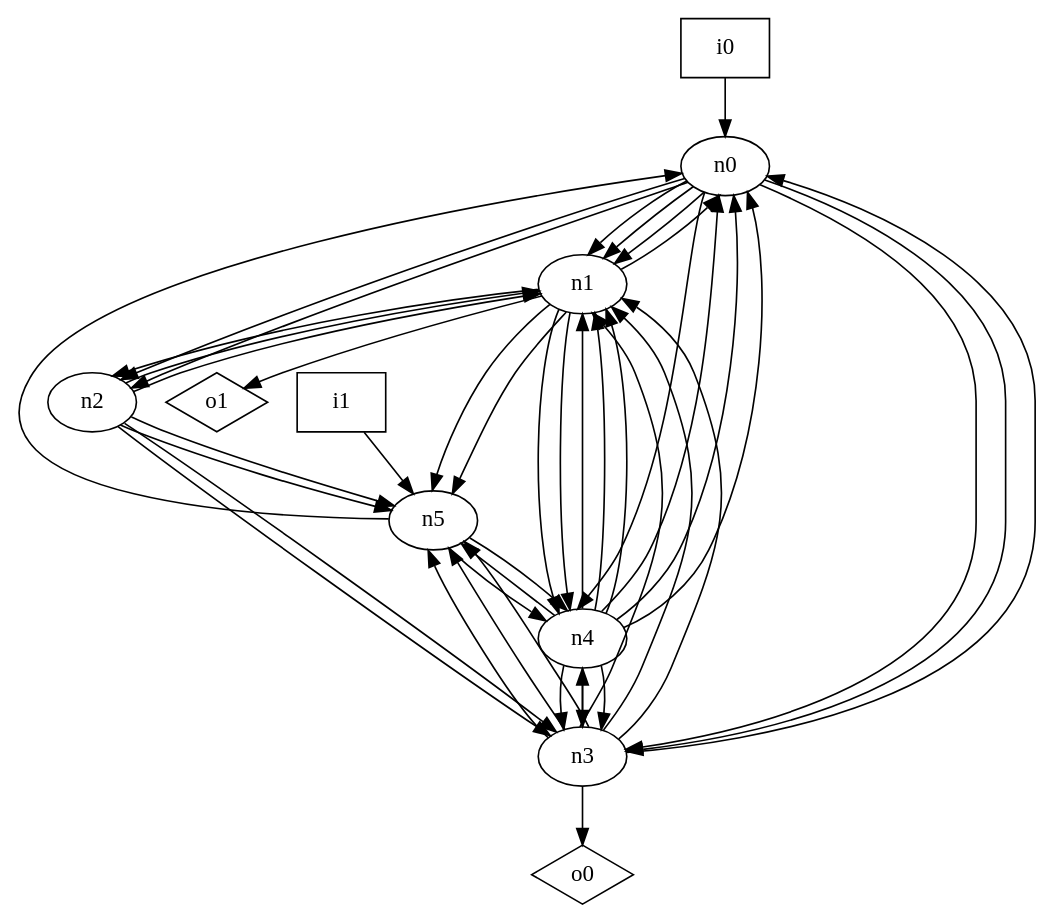
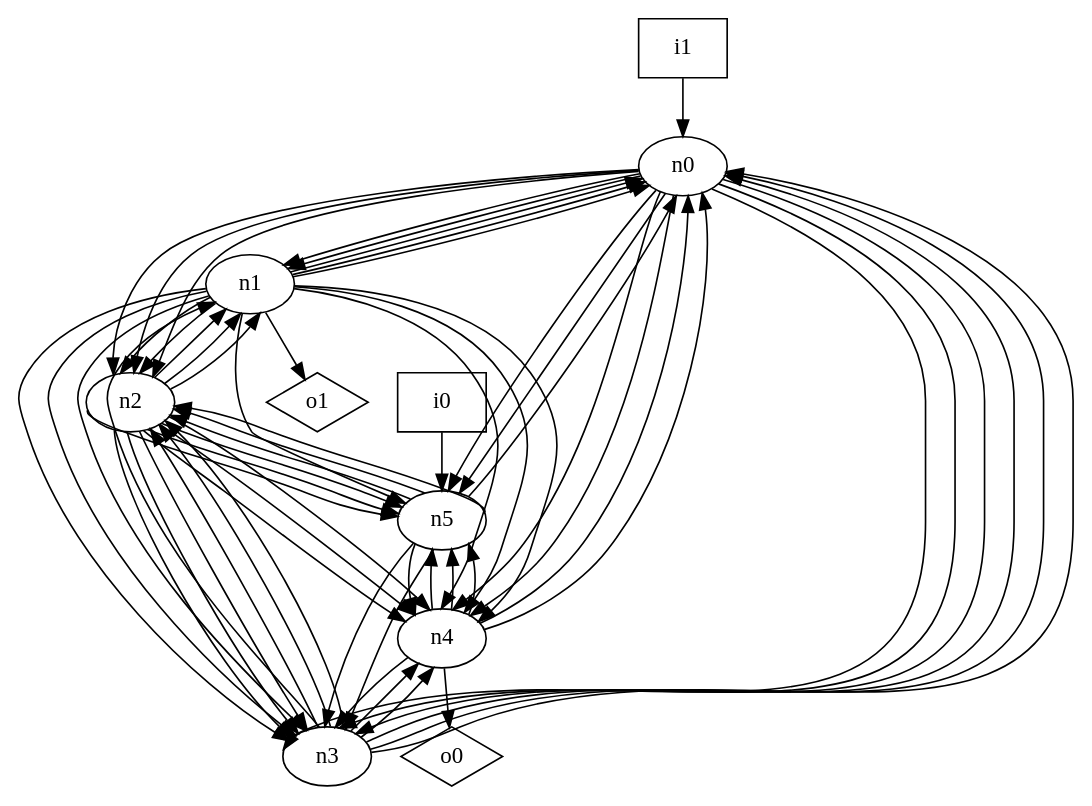
One commit to p9romain/bool-circuits changed the diagram in dot_files/random/random_loop_free_graph.dot. Above: the diagram before and after it, drawn with Graphviz. The commit also changed 25 other files, not shown here.

Commit message:
Finish (except random graph)

```diff
--- a/dot_files/random/random_loop_free_graph.dot
+++ b/dot_files/random/random_loop_free_graph.dot
@@ -1,57 +1,74 @@
 digraph G {
 n0 [label="n0"];
 n1 [label="n1"];
 n2 [label="n2"];
 n3 [label="n3"];
 n4 [label="n4"];
 n5 [label="n5"];
 n6 [label="i0",shape="box"];
 n7 [label="i1",shape="box"];
 n8 [label="o0",shape="diamond"];
 n9 [label="o1",shape="diamond"];
 n0 -> n1
 n0 -> n1
-n0 -> n1
+n0 -> n2
 n0 -> n2
 n0 -> n2
 n0 -> n3
 n0 -> n3
+n0 -> n3
 n0 -> n4
+n0 -> n4
+n0 -> n5
+n0 -> n5
+n1 -> n0
+n1 -> n0
 n1 -> n0
 n1 -> n2
+n1 -> n2
+n1 -> n3
+n1 -> n3
+n1 -> n3
 n1 -> n4
 n1 -> n4
-n1 -> n5
+n1 -> n4
 n1 -> n5
 n1 -> n9
 n2 -> n1
 n2 -> n1
+n2 -> n1
 n2 -> n3
 n2 -> n3
+n2 -> n3
+n2 -> n4
+n2 -> n4
+n2 -> n4
+n2 -> n5
 n2 -> n5
 n2 -> n5
 n3 -> n0
+n3 -> n0
+n3 -> n0
 n3 -> n1
-n3 -> n1
-n3 -> n1
+n3 -> n2
+n3 -> n2
+n3 -> n2
 n3 -> n4
-n3 -> n5
-n3 -> n5
-n3 -> n5
-n3 -> n8
+n3 -> n4
 n4 -> n0
 n4 -> n0
-n4 -> n0
-n4 -> n1
-n4 -> n1
-n4 -> n1
-n4 -> n3
-n4 -> n3
 n4 -> n3
 n4 -> n5
+n4 -> n5
+n4 -> n5
+n4 -> n8
 n5 -> n0
+n5 -> n2
+n5 -> n2
+n5 -> n2
+n5 -> n3
+n5 -> n3
 n5 -> n4
-n5 -> n4
-n6 -> n0
-n7 -> n5
+n6 -> n5
+n7 -> n0
 }
```
